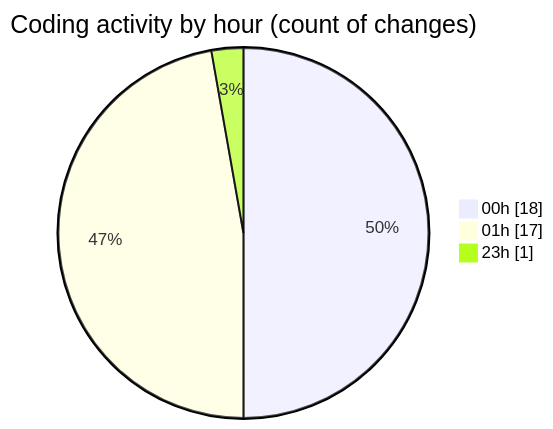
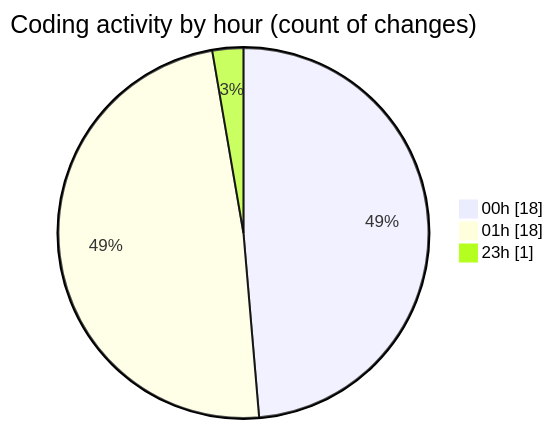
One commit to donsfak/code-tracking changed the second of 2 diagrams in 2025-01-02/uber_clone/README.md. Above: the diagram before and after it, drawn with Mermaid. The commit also changed other lines of this file and 1 other file, not shown here.

````diff
--- a/2025-01-02/uber_clone/README.md
+++ b/2025-01-02/uber_clone/README.md
@@ -35,7 +35,7 @@
 ```mermaid
 pie showData
 title Coding activity by hour (count of changes)
 "00h" : 18
-"01h" : 17
+"01h" : 18
 "23h" : 1
 ```
````
